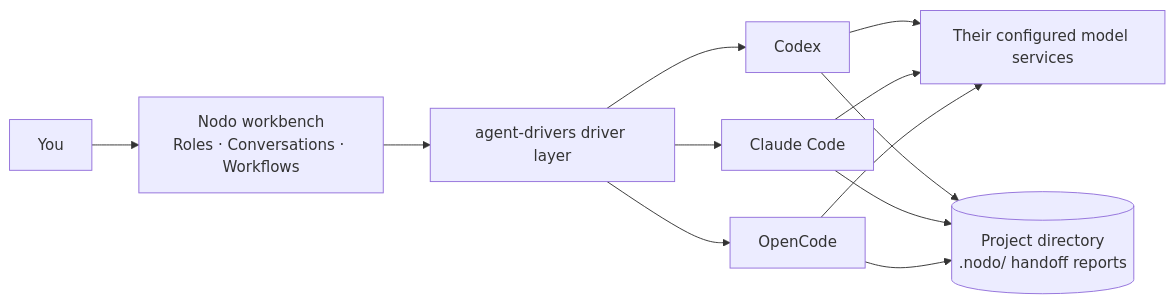
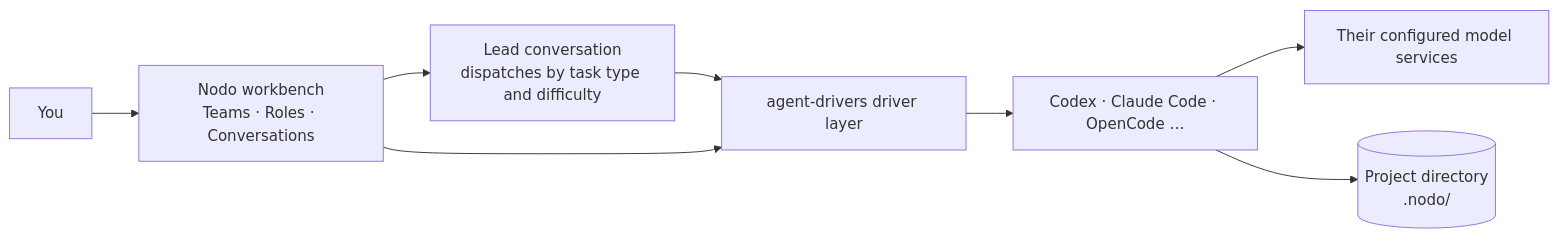
Before and after one commit to waikoeng234/Nodo: the diagram in README.en.md, drawn with Mermaid. The commit also changed other lines of this file and 71 other files, not shown here.

````diff
--- a/README.en.md
+++ b/README.en.md
@@ -89,10 +83,10 @@
 ```mermaid
 flowchart LR
-    U[You] --> N[Nodo workbench<br/>Roles · Conversations · Workflows]
-    N --> D[agent-drivers driver layer]
-    D --> A1[Codex]
-    D --> A2[Claude Code]
-    D --> A3[OpenCode]
-    A1 & A2 & A3 --> M[Their configured model services]
-    A1 & A2 & A3 --> P[(Project directory<br/>.nodo/ handoff reports)]
+    U[You] --> N[Nodo workbench<br/>Teams · Roles · Conversations]
+    N --> L[Lead conversation<br/>dispatches by task type and difficulty]
+    L --> D[agent-drivers driver layer]
+    N --> D
+    D --> A[Codex · Claude Code · OpenCode …]
+    A --> M[Their configured model services]
+    A --> P[(Project directory<br/>.nodo/)]
 ```
````
